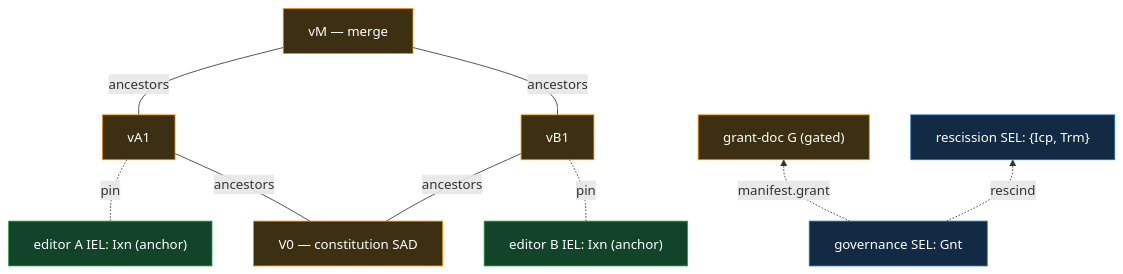
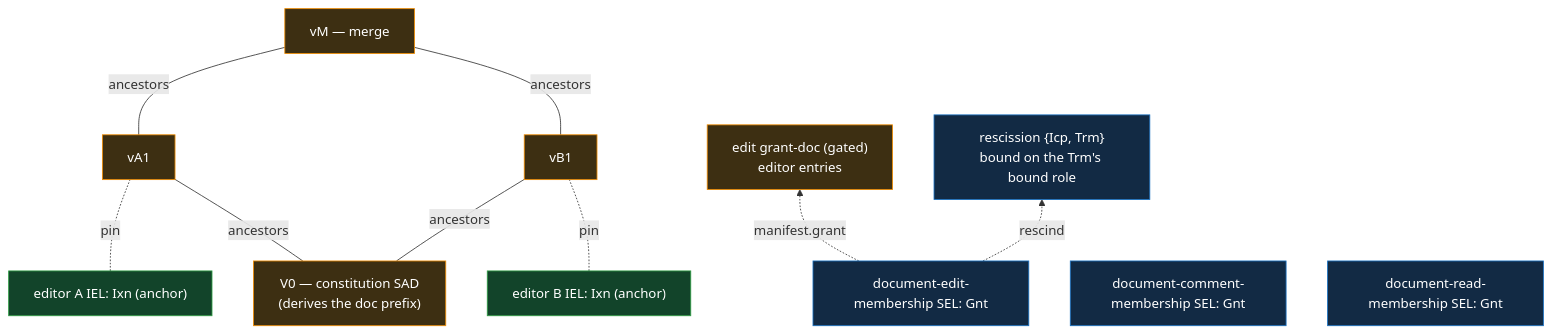
One commit to jasoncolburne/vdti changed the first of 5 diagrams in docs/design/features/shared-documents.md. Above: the diagram before and after it, drawn with Mermaid. The commit also changed other lines of this file and 16 other files, not shown here.

````diff
--- a/docs/design/features/shared-documents.md
+++ b/docs/design/features/shared-documents.md
@@ -26,23 +41,25 @@
 ```mermaid
 flowchart BT
-  vM["vM — merge"]:::doc
-  V0["V0 — constitution SAD"]:::doc
+  V0["V0 — constitution SAD<br/>(derives the doc prefix)"]:::doc
   vA1["vA1"]:::doc
   vB1["vB1"]:::doc
+  vM["vM — merge"]:::doc
   eA["editor A IEL: Ixn (anchor)"]:::iel
   eB["editor B IEL: Ixn (anchor)"]:::iel
-  gGnt["governance SEL: Gnt"]:::sel
-  G["grant-doc G (gated)"]:::doc
-  Resc["rescission SEL: {Icp, Trm}"]:::sel
+  gE["document-edit-membership SEL: Gnt"]:::sel
+  gC["document-comment-membership SEL: Gnt"]:::sel
+  gR["document-read-membership SEL: Gnt"]:::sel
+  G["edit grant-doc (gated)<br/>editor entries"]:::doc
+  Resc["rescission {Icp, Trm}<br/>bound on the Trm's bound role"]:::sel
   eA -.-|pin| vA1
+  V0 ---|ancestors| vA1
+  V0 ---|ancestors| vB1
+  vA1 ---|ancestors| vM
+  vB1 ---|ancestors| vM
   eB -.-|pin| vB1
-  vA1 ---|ancestors| vM
-  V0 ---|ancestors| vA1
-  vB1 ---|ancestors| vM
-  V0 ---|ancestors| vB1
-  gGnt -.->|manifest.grant| G
-  gGnt -. rescind .-> Resc
+  gE -.->|manifest.grant| G
+  gE -. rescind .-> Resc
   classDef sel fill:#122a44,stroke:#1971c2,color:#fff
   classDef doc fill:#3d2f12,stroke:#f08c00,color:#fff
   classDef iel fill:#12442a,stroke:#2f9e44,color:#fff
 ```
````
